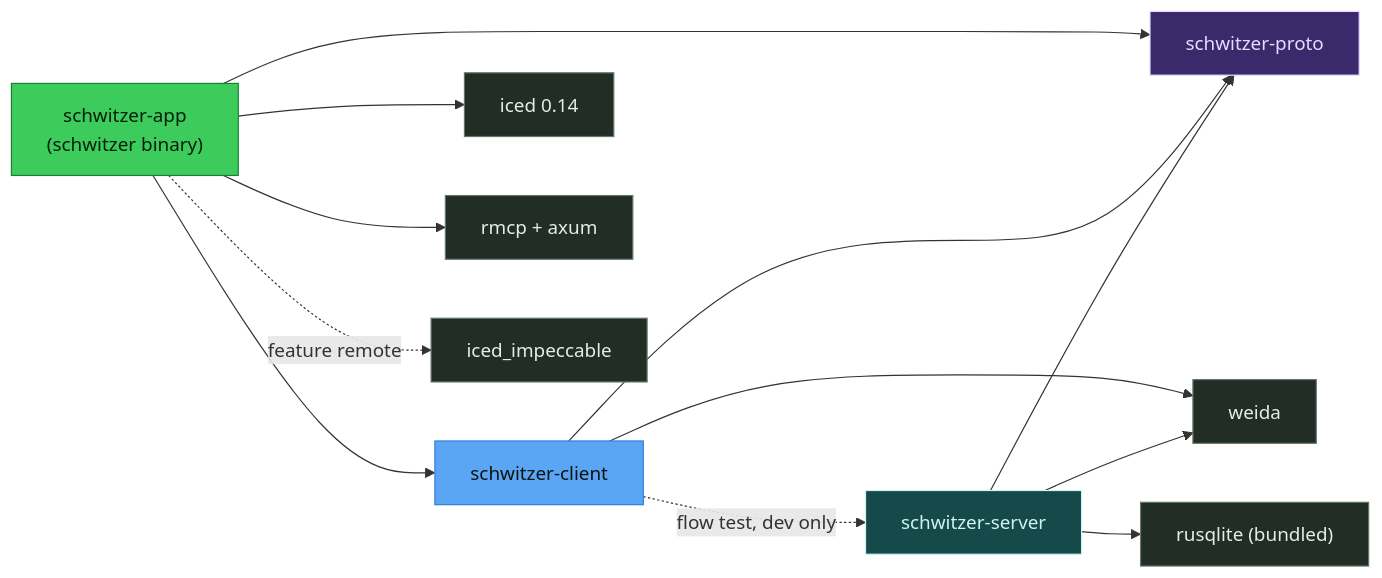
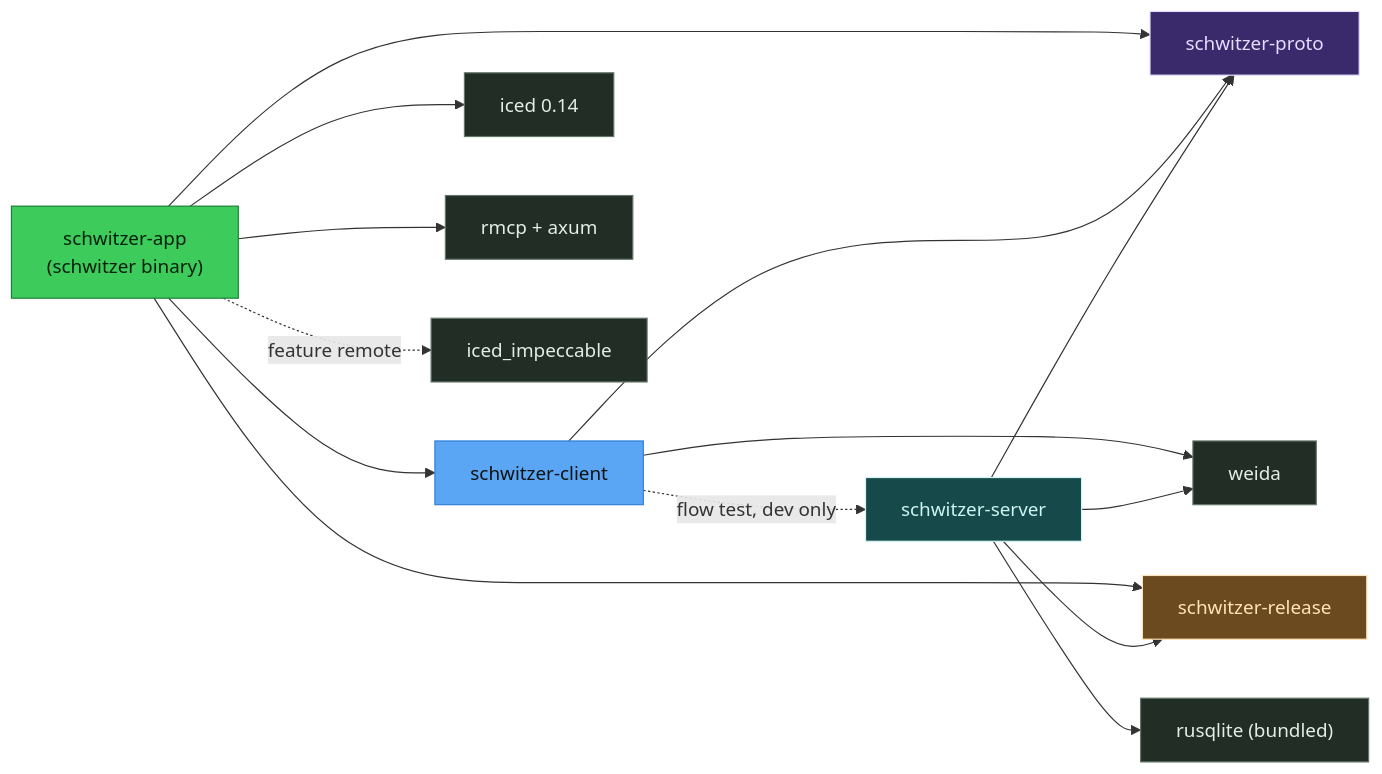
The first of 8 diagrams in docs/ARCHITECTURE.md (griasdi/schwitzer), drawn with Mermaid before and after one commit. The commit also changed other lines of this file and 14 other files, not shown here.

````diff
--- a/docs/ARCHITECTURE.md
+++ b/docs/ARCHITECTURE.md
@@ -55,28 +56,32 @@
 ```mermaid
 flowchart LR
   classDef app fill:#3dcb5c,stroke:#1a7f35,color:#03200b
   classDef client fill:#5aa6f5,stroke:#2f7fd6,color:#0d1310
   classDef proto fill:#3b2a6b,stroke:#e6dcff,color:#e6dcff
   classDef server fill:#16494a,stroke:#cdf5f2,color:#cdf5f2
+  classDef release fill:#6b4a1f,stroke:#ffe3b8,color:#ffe3b8
   classDef ext fill:#222d26,stroke:#627568,color:#e4eee6
   app["schwitzer-app<br/>(schwitzer binary)"]:::app
   client["schwitzer-client"]:::client
   proto["schwitzer-proto"]:::proto
   server["schwitzer-server"]:::server
+  release["schwitzer-release"]:::release
   weida["weida"]:::ext
   iced["iced 0.14"]:::ext
   mcp["rmcp + axum"]:::ext
   sqlite["rusqlite (bundled)"]:::ext
   impeccable["iced_impeccable"]:::ext
   app --> client
   app --> proto
+  app --> release
   app --> iced
   app --> mcp
   app -.->|feature remote| impeccable
   client --> proto
   client --> weida
   server --> proto
+  server --> release
   server --> weida
   server --> sqlite
   client -.->|flow test, dev only| server
 ```
````
